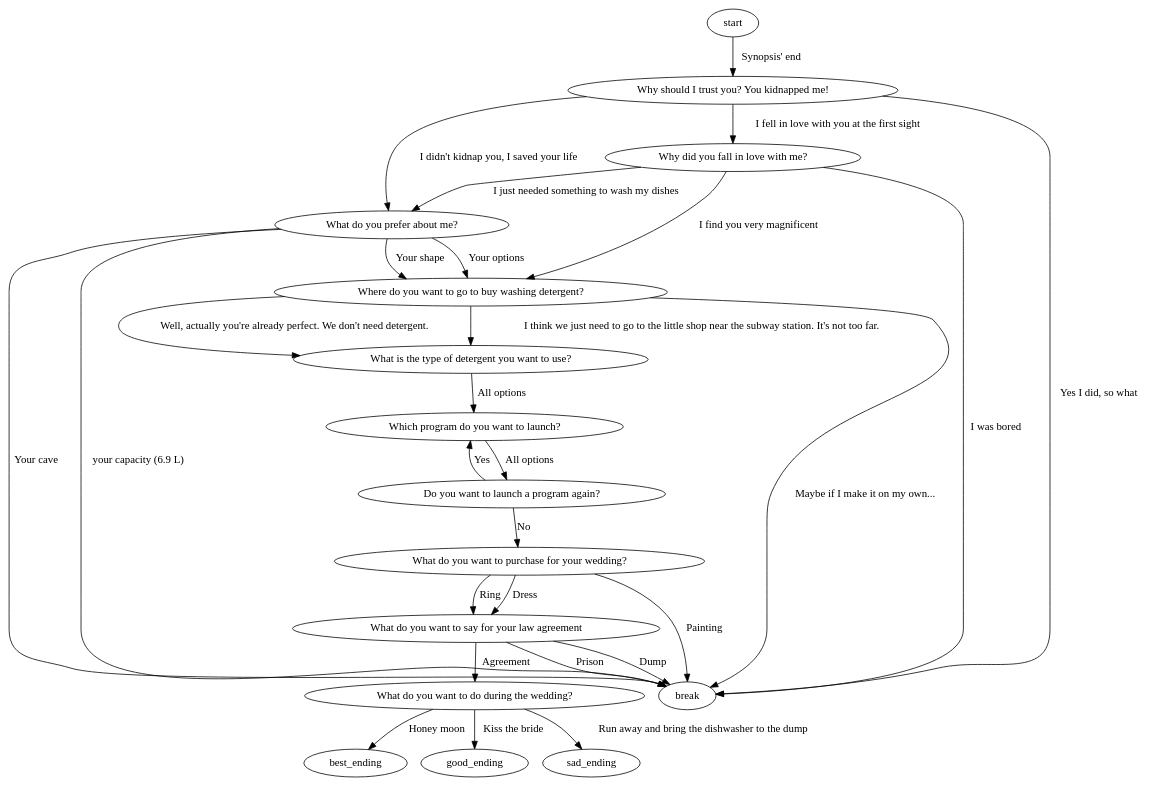
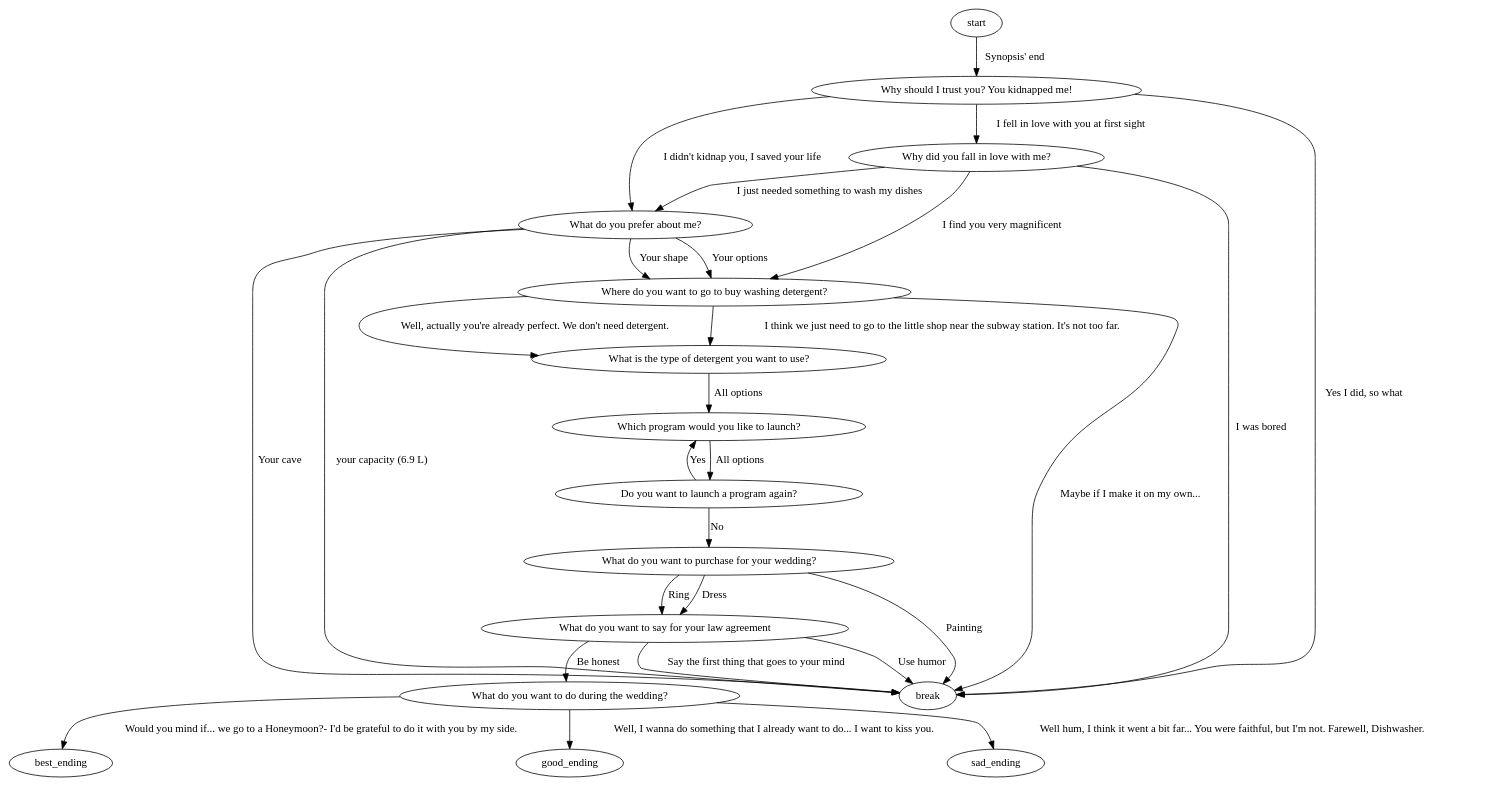
The diagram in synopsis/choices.dot (HiNett/CarbonWashing), drawn with Graphviz before and after one commit. The commit also changed 3 other files, not shown here.

```diff
--- a/synopsis/choices.dot
+++ b/synopsis/choices.dot
@@ -1,46 +1,46 @@
 // To preview, download this extension:
 // https://marketplace.visualstudio.com/items?itemName=tintinweb.graphviz-interactive-preview
 
 digraph carbonwashing {
     start
     Q1 [label="Why should I trust you? You kidnapped me!"]
     Q2 [label="Why did you fall in love with me?"]
     Q3 [label="What do you prefer about me?"]
     Q4 [label="Where do you want to go to buy washing detergent?"]
     Q5 [label="What is the type of detergent you want to use?"]
-    Q6 [label="Which program do you want to launch?"]
+    Q6 [label="Which program would you like to launch?"]
     Q7 [label="Do you want to launch a program again?"]
     Q8 [label="What do you want to purchase for your wedding?"]
     Q9 [label="What do you want to say for your law agreement"]
     Q10 [label="What do you want to do during the wedding?"]
     break
 
     start -> Q1 [label = "Synopsis' end"]
-    Q1 -> Q2 [label="I fell in love with you at the first sight"]
+    Q1 -> Q2 [label="I fell in love with you at first sight"]
     Q1 -> Q3 [label="I didn't kidnap you, I saved your life"]
     Q1 -> break [label="Yes I did, so what"]
     Q2 -> Q3 [label="I just needed something to wash my dishes"]
     Q2 -> Q4 [label="I find you very magnificent"]
     Q2 -> break [label="I was bored"]
     Q3 -> Q4 [label="Your options"]
     Q3 -> Q4 [label="Your shape"]
     Q3 -> break [label="Your cave"]
     Q3 -> break [label="your capacity (6.9 L)"]
     Q4 -> Q5 [label="I think we just need to go to the little shop near the subway station. It's not too far."]
     Q4 -> Q5 [label="Well, actually you're already perfect. We don't need detergent."]
     Q4 -> break [label="Maybe if I make it on my own..."]
     Q5 -> Q6 [label="All options"]
     Q6 -> Q7 [label="All options"]
     Q7 -> Q8 [label="No"]
     Q7 -> Q6 [label="Yes"]
     Q8 -> Q9 [label="Ring"]
     Q8 -> Q9 [label="Dress"]
     Q8 -> break [label="Painting"]
-    Q9 -> Q10 [label="Agreement"]
-    Q9 -> break [label="Dump"]
-    Q9 -> break [label="Prison"]
-    Q10 -> best_ending [label="Honey moon"]
-    Q10 -> good_ending [label="Kiss the bride"]
-    Q10 -> sad_ending [label="Run away and bring the dishwasher to the dump"]
+    Q9 -> Q10 [label="Be honest"]
+    Q9 -> break [label="Use humor"]
+    Q9 -> break [label="Say the first thing that goes to your mind"]
+    Q10 -> best_ending [label="Would you mind if... we go to a Honeymoon?- I'd be grateful to do it with you by my side."]
+    Q10 -> good_ending [label="Well, I wanna do something that I already want to do... I want to kiss you."]
+    Q10 -> sad_ending [label="Well hum, I think it went a bit far... You were faithful, but I'm not. Farewell, Dishwasher."]
 
 }
```
